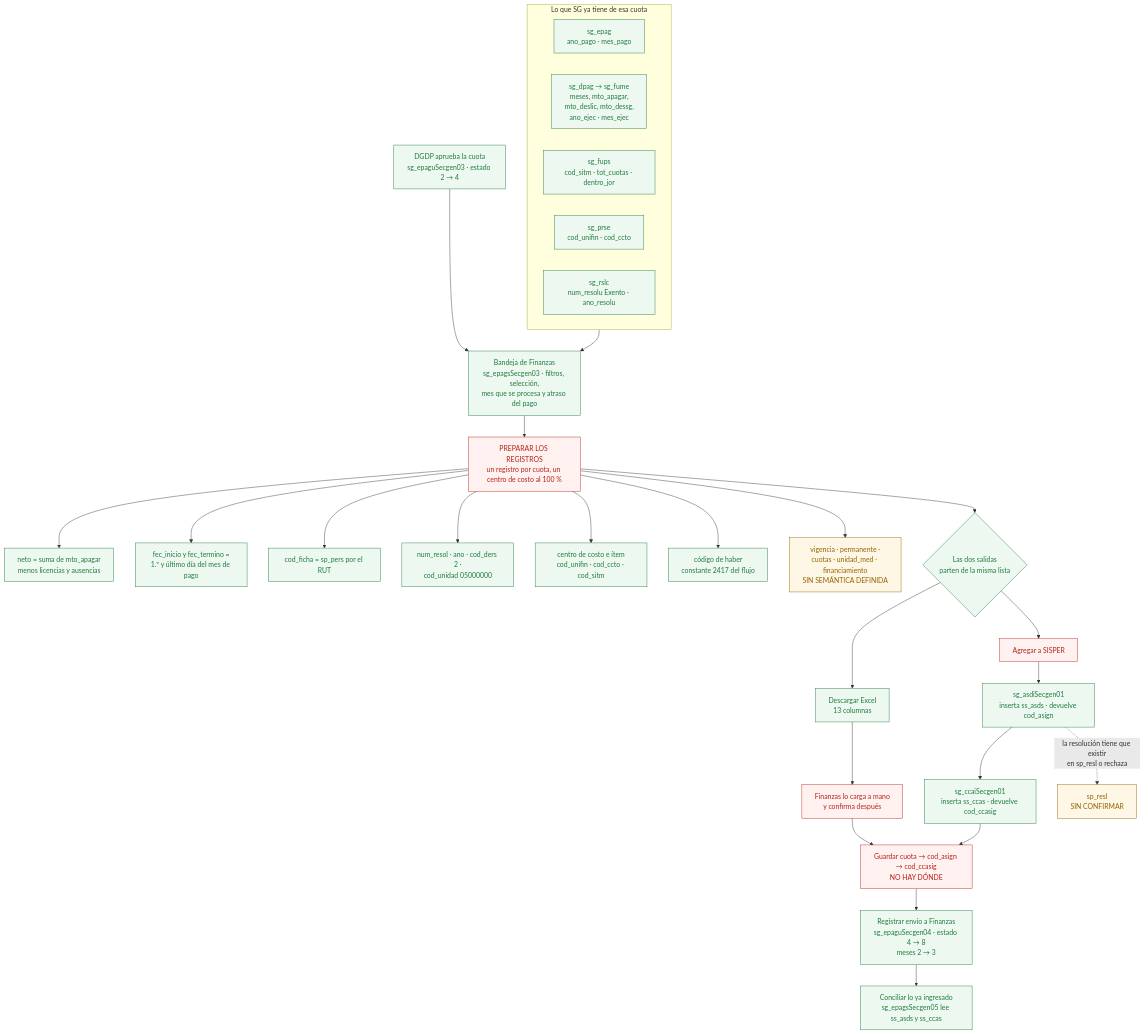
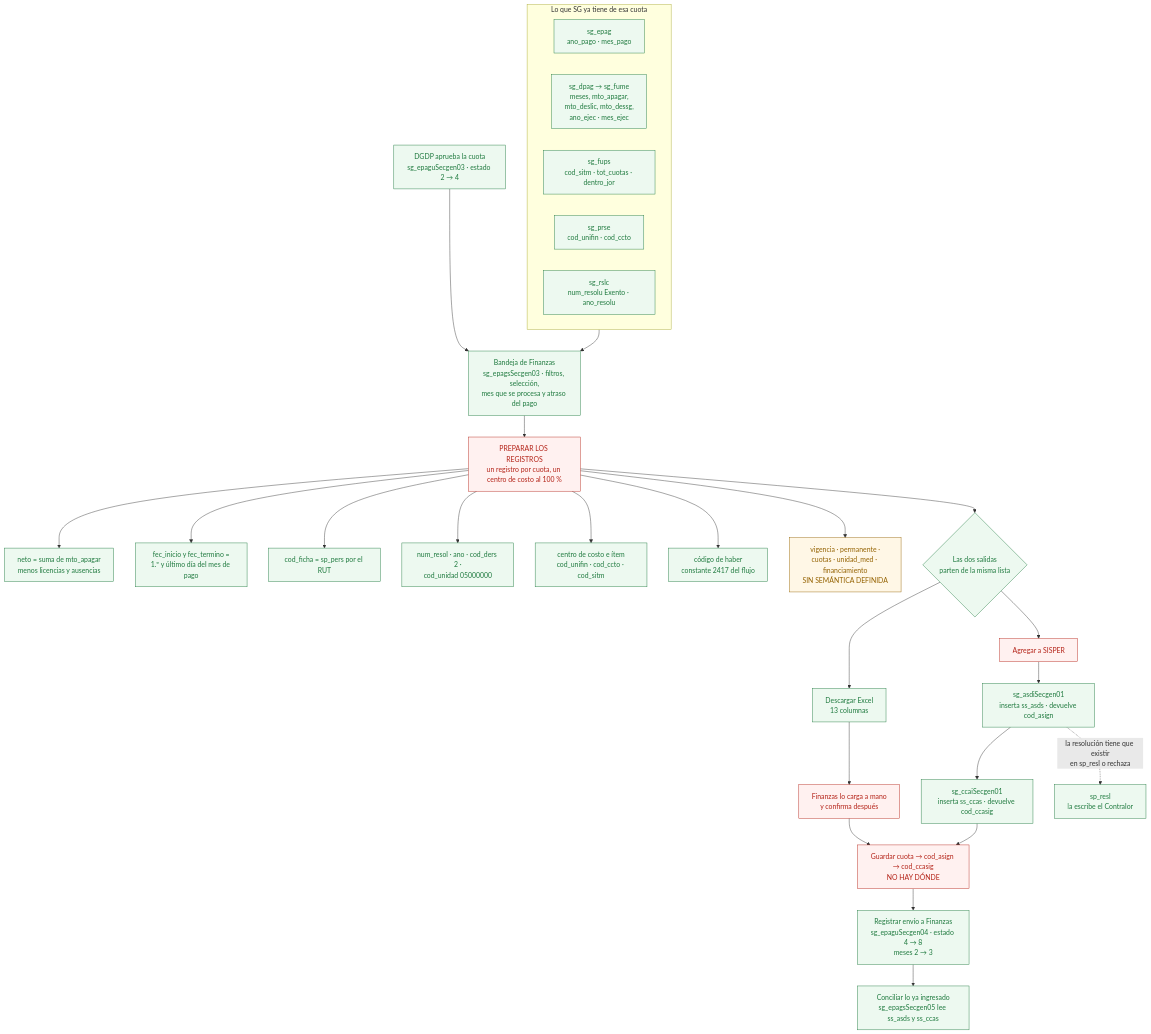
The diagram in plan_ingreso_sisper.md (estebanlizama/template_wf_pagos), drawn with Mermaid before and after one commit. The commit also changed other lines of this file and 3 other files, not shown here.

````diff
--- a/plan_ingreso_sisper.md
+++ b/plan_ingreso_sisper.md
@@ -23,50 +23,50 @@
 ```mermaid
 flowchart TD
     APR["DGDP aprueba la cuota<br/>sg_epaguSecgen03 · estado 2 → 4"]:::ok
 
     subgraph ORIGEN["Lo que SG ya tiene de esa cuota"]
         direction LR
         D1["sg_epag<br/>ano_pago · mes_pago"]:::ok
         D2["sg_dpag → sg_fume<br/>meses, mto_apagar,<br/>mto_deslic, mto_dessg,<br/>ano_ejec · mes_ejec"]:::ok
         D3["sg_fups<br/>cod_sitm · tot_cuotas · dentro_jor"]:::ok
         D4["sg_prse<br/>cod_unifin · cod_ccto"]:::ok
         D5["sg_rslc<br/>num_resolu Exento · ano_resolu"]:::ok
     end
 
     APR --> BAND
     BAND["Bandeja de Finanzas<br/>sg_epagsSecgen03 · filtros, selección,<br/>mes que se procesa y atraso del pago"]:::ok
     ORIGEN --> BAND
 
     BAND --> PREP
     PREP["PREPARAR LOS REGISTROS<br/>un registro por cuota, un centro de costo al 100 %"]:::falta
 
     PREP --> C1["neto = suma de mto_apagar<br/>menos licencias y ausencias"]:::ok
     PREP --> C2["fec_inicio y fec_termino =<br/>1.º y último día del mes de pago"]:::ok
     PREP --> C3["cod_ficha = sp_pers por el RUT"]:::ok
     PREP --> C4["num_resol · ano · cod_ders 2 ·<br/>cod_unidad 05000000"]:::ok
     PREP --> C5["centro de costo e ítem<br/>cod_unifin · cod_ccto · cod_sitm"]:::ok
     PREP --> C6["código de haber<br/>constante 2417 del flujo"]:::ok
     PREP --> C7["vigencia · permanente ·<br/>cuotas · unidad_med · financiamiento<br/>SIN SEMÁNTICA DEFINIDA"]:::gap
 
     PREP --> SALIDA{"Las dos salidas<br/>parten de la misma lista"}:::ok
 
     SALIDA --> XLS["Descargar Excel<br/>13 columnas"]:::ok
     SALIDA --> BOT["Agregar a SISPER"]:::falta
 
     XLS --> XLSNOTA["Finanzas lo carga a mano<br/>y confirma después"]:::falta
 
     BOT --> PA1["sg_asdiSecgen01<br/>inserta ss_asds · devuelve cod_asign"]:::ok
     PA1 --> PA2["sg_ccaiSecgen01<br/>inserta ss_ccas · devuelve cod_ccasig"]:::ok
-    PA1 -. "la resolución tiene que existir<br/>en sp_resl o rechaza" .-> RESL["sp_resl<br/>SIN CONFIRMAR"]:::gap
+    PA1 -. "la resolución tiene que existir<br/>en sp_resl o rechaza" .-> RESL["sp_resl<br/>la escribe el Contralor"]:::ok
 
     PA2 --> TRAZA["Guardar cuota → cod_asign → cod_ccasig<br/>NO HAY DÓNDE"]:::falta
     XLSNOTA --> TRAZA
 
     TRAZA --> ENV["Registrar envío a Finanzas<br/>sg_epaguSecgen04 · estado 4 → 8<br/>meses 2 → 3"]:::ok
 
     ENV --> CONC["Conciliar lo ya ingresado<br/>sg_epagsSecgen05 lee ss_asds y ss_ccas"]:::ok
 
     classDef ok fill:#edf9f0,stroke:#1f7a3f,color:#1f7a3f
     classDef gap fill:#fff7e6,stroke:#946200,color:#946200
     classDef falta fill:#fff1f0,stroke:#b42318,color:#b42318
 ```
````
